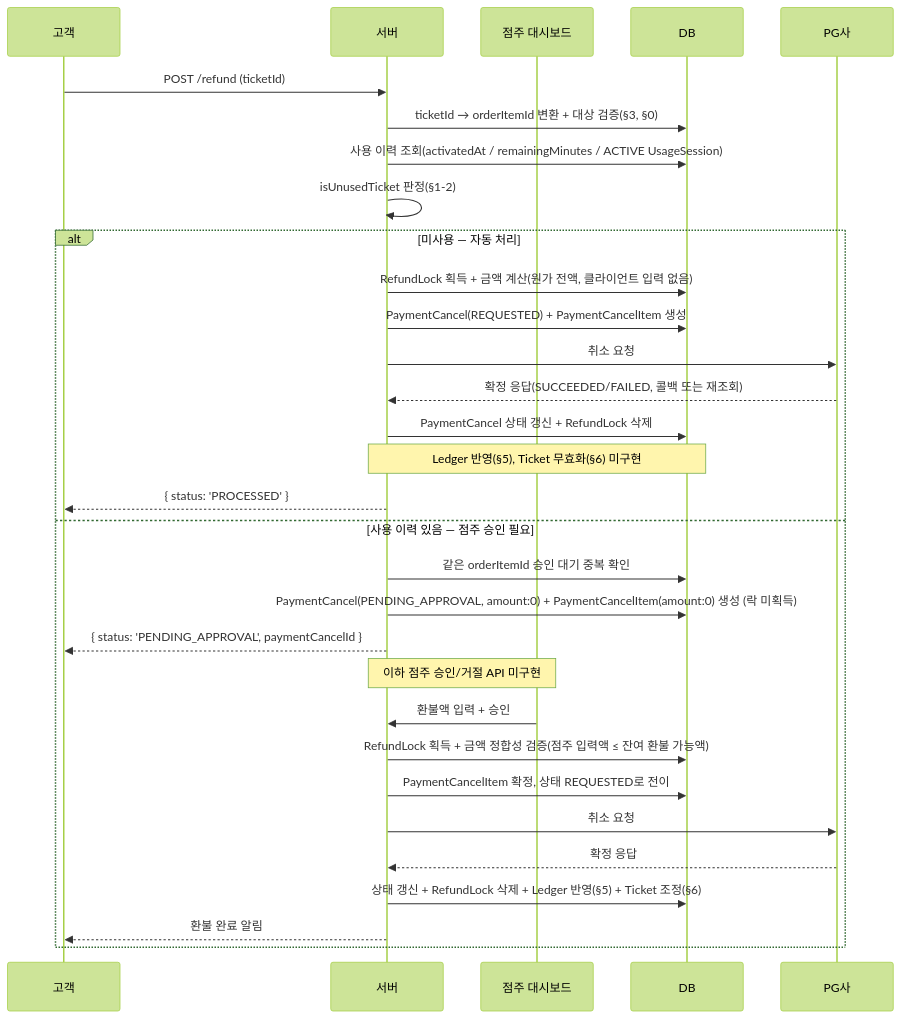
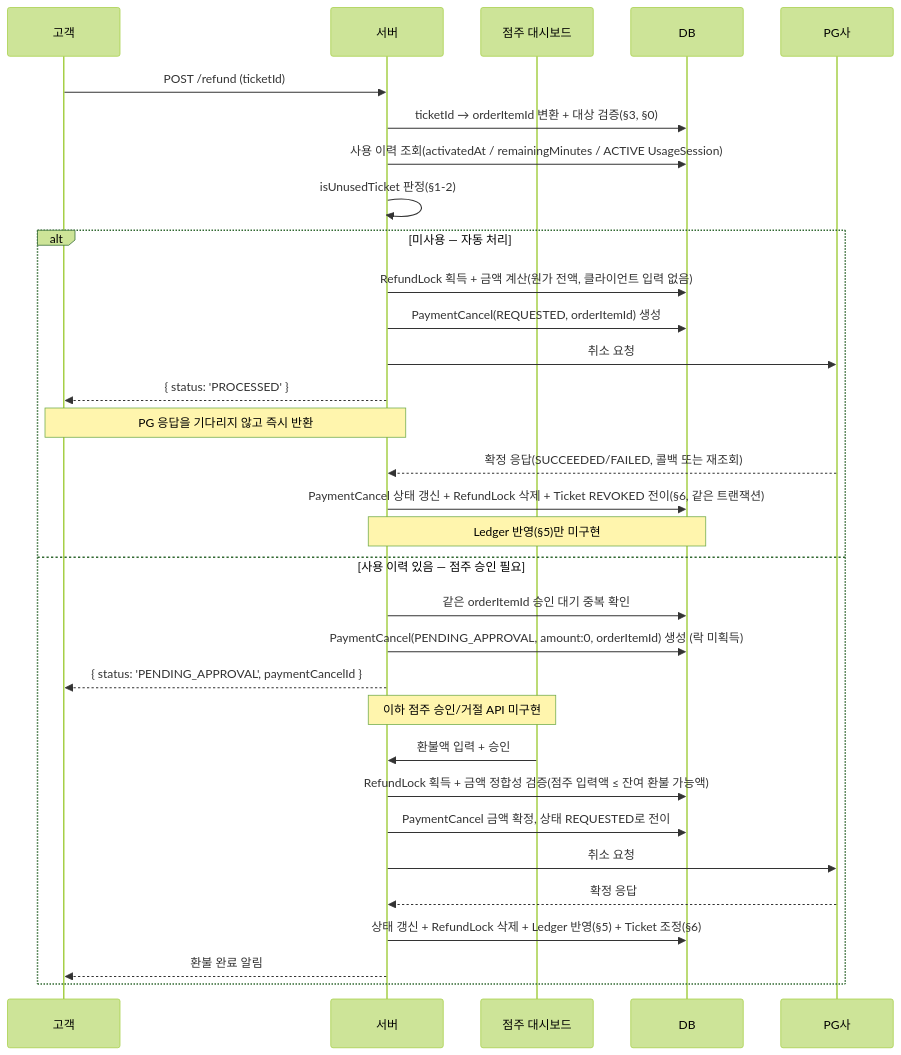
Before and after one commit to codeoz-practice/my-kiosk: the third of 3 diagrams in docs/architecture/환불_프로세스.md, drawn with Mermaid (forest theme). The commit also changed other lines of this file and 12 other files, not shown here.

First line of the commit message:
WIP: PaymentCancelItem 제거 및 PaymentCancel.orderItemId 직접 FK 전환

````diff
--- a/docs/architecture/환불_프로세스.md
+++ b/docs/architecture/환불_프로세스.md
@@ -346,35 +345,36 @@
 ```mermaid
 sequenceDiagram
     participant C as 고객
     participant S as 서버
     participant O as 점주 대시보드
     participant DB as DB
     participant PG as PG사
 
     C->>S: POST /refund (ticketId)
     S->>DB: ticketId → orderItemId 변환 + 대상 검증(§3, §0)
     S->>DB: 사용 이력 조회(activatedAt / remainingMinutes / ACTIVE UsageSession)
     S->>S: isUnusedTicket 판정(§1-2)
 
     alt 미사용 — 자동 처리
         S->>DB: RefundLock 획득 + 금액 계산(원가 전액, 클라이언트 입력 없음)
-        S->>DB: PaymentCancel(REQUESTED) + PaymentCancelItem 생성
+        S->>DB: PaymentCancel(REQUESTED, orderItemId) 생성
         S->>PG: 취소 요청
+        S-->>C: { status: 'PROCESSED' }
+        Note over S,C: PG 응답을 기다리지 않고 즉시 반환
         PG-->>S: 확정 응답(SUCCEEDED/FAILED, 콜백 또는 재조회)
-        S->>DB: PaymentCancel 상태 갱신 + RefundLock 삭제
-        Note over S,DB: Ledger 반영(§5), Ticket 무효화(§6) 미구현
-        S-->>C: { status: 'PROCESSED' }
+        S->>DB: PaymentCancel 상태 갱신 + RefundLock 삭제 + Ticket REVOKED 전이(§6, 같은 트랜잭션)
+        Note over S,DB: Ledger 반영(§5)만 미구현
     else 사용 이력 있음 — 점주 승인 필요
         S->>DB: 같은 orderItemId 승인 대기 중복 확인
-        S->>DB: PaymentCancel(PENDING_APPROVAL, amount:0) + PaymentCancelItem(amount:0) 생성 (락 미획득)
+        S->>DB: PaymentCancel(PENDING_APPROVAL, amount:0, orderItemId) 생성 (락 미획득)
         S-->>C: { status: 'PENDING_APPROVAL', paymentCancelId }
         Note over O,S: 이하 점주 승인/거절 API 미구현
         O->>S: 환불액 입력 + 승인
         S->>DB: RefundLock 획득 + 금액 정합성 검증(점주 입력액 ≤ 잔여 환불 가능액)
-        S->>DB: PaymentCancelItem 확정, 상태 REQUESTED로 전이
+        S->>DB: PaymentCancel 금액 확정, 상태 REQUESTED로 전이
         S->>PG: 취소 요청
         PG-->>S: 확정 응답
         S->>DB: 상태 갱신 + RefundLock 삭제 + Ledger 반영(§5) + Ticket 조정(§6)
         S-->>C: 환불 완료 알림
     end
 ```
````
